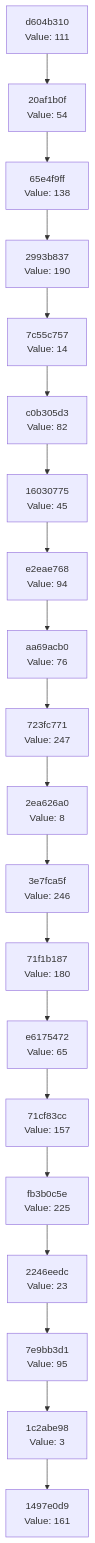
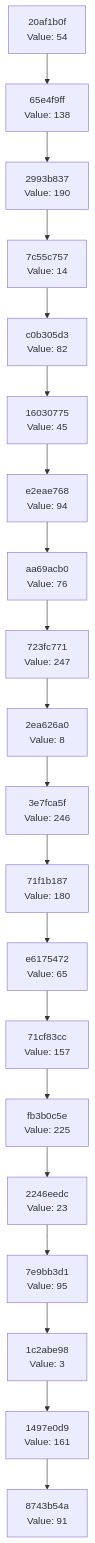
The diagram in docs/CHAIN_VISUALIZATION.md (Abhisheksinha1506/hash-chain-evolver), drawn with Mermaid before and after one commit. The commit also changed 2 other files, not shown here.

Commit message:
Evolution Step

````diff
--- a/docs/CHAIN_VISUALIZATION.md
+++ b/docs/CHAIN_VISUALIZATION.md
@@ -3,42 +3,42 @@
 ```mermaid
 graph TD
-    C0["1497e0d9<br/>Value: 161"]
-    C1["1c2abe98<br/>Value: 3"]
+    C0["8743b54a<br/>Value: 91"]
+    C1["1497e0d9<br/>Value: 161"]
     C1 --> C0
-    C2["7e9bb3d1<br/>Value: 95"]
+    C2["1c2abe98<br/>Value: 3"]
     C2 --> C1
-    C3["2246eedc<br/>Value: 23"]
+    C3["7e9bb3d1<br/>Value: 95"]
     C3 --> C2
-    C4["fb3b0c5e<br/>Value: 225"]
+    C4["2246eedc<br/>Value: 23"]
     C4 --> C3
-    C5["71cf83cc<br/>Value: 157"]
+    C5["fb3b0c5e<br/>Value: 225"]
     C5 --> C4
-    C6["e6175472<br/>Value: 65"]
+    C6["71cf83cc<br/>Value: 157"]
     C6 --> C5
-    C7["71f1b187<br/>Value: 180"]
+    C7["e6175472<br/>Value: 65"]
     C7 --> C6
-    C8["3e7fca5f<br/>Value: 246"]
+    C8["71f1b187<br/>Value: 180"]
     C8 --> C7
-    C9["2ea626a0<br/>Value: 8"]
+    C9["3e7fca5f<br/>Value: 246"]
     C9 --> C8
-    C10["723fc771<br/>Value: 247"]
+    C10["2ea626a0<br/>Value: 8"]
     C10 --> C9
-    C11["aa69acb0<br/>Value: 76"]
+    C11["723fc771<br/>Value: 247"]
     C11 --> C10
-    C12["e2eae768<br/>Value: 94"]
+    C12["aa69acb0<br/>Value: 76"]
     C12 --> C11
-    C13["16030775<br/>Value: 45"]
+    C13["e2eae768<br/>Value: 94"]
     C13 --> C12
-    C14["c0b305d3<br/>Value: 82"]
+    C14["16030775<br/>Value: 45"]
     C14 --> C13
-    C15["7c55c757<br/>Value: 14"]
+    C15["c0b305d3<br/>Value: 82"]
     C15 --> C14
-    C16["2993b837<br/>Value: 190"]
+    C16["7c55c757<br/>Value: 14"]
     C16 --> C15
-    C17["65e4f9ff<br/>Value: 138"]
+    C17["2993b837<br/>Value: 190"]
     C17 --> C16
-    C18["20af1b0f<br/>Value: 54"]
+    C18["65e4f9ff<br/>Value: 138"]
     C18 --> C17
-    C19["d604b310<br/>Value: 111"]
+    C19["20af1b0f<br/>Value: 54"]
     C19 --> C18
 ```
````
